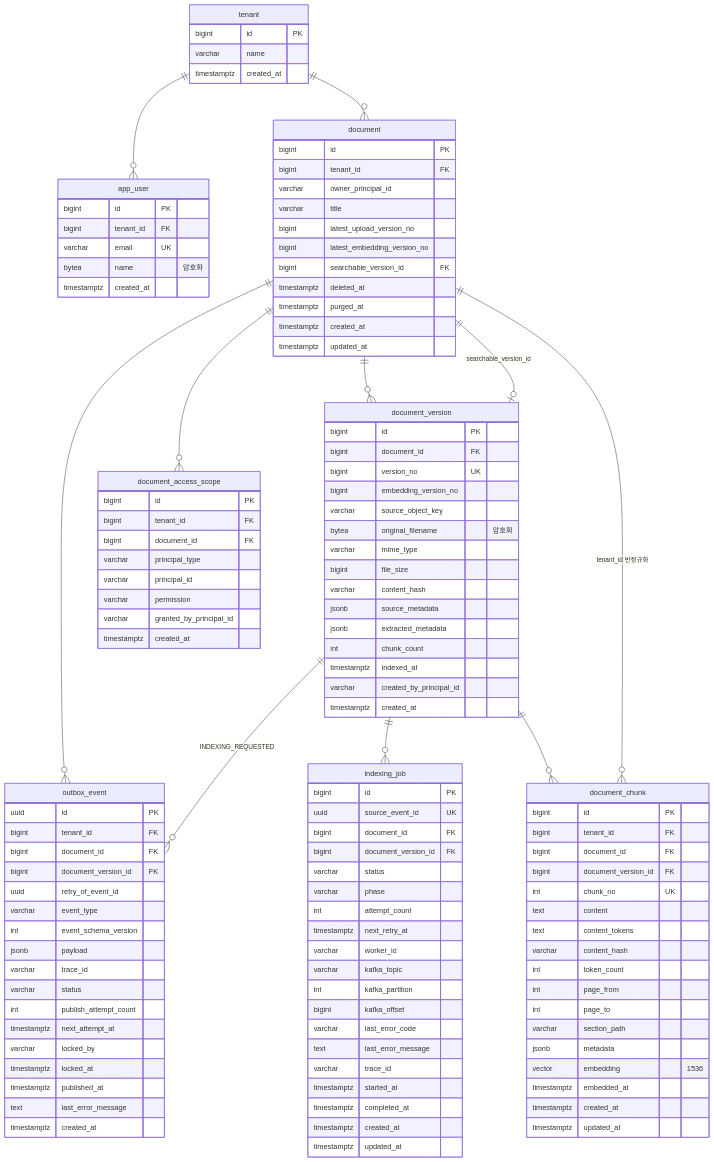
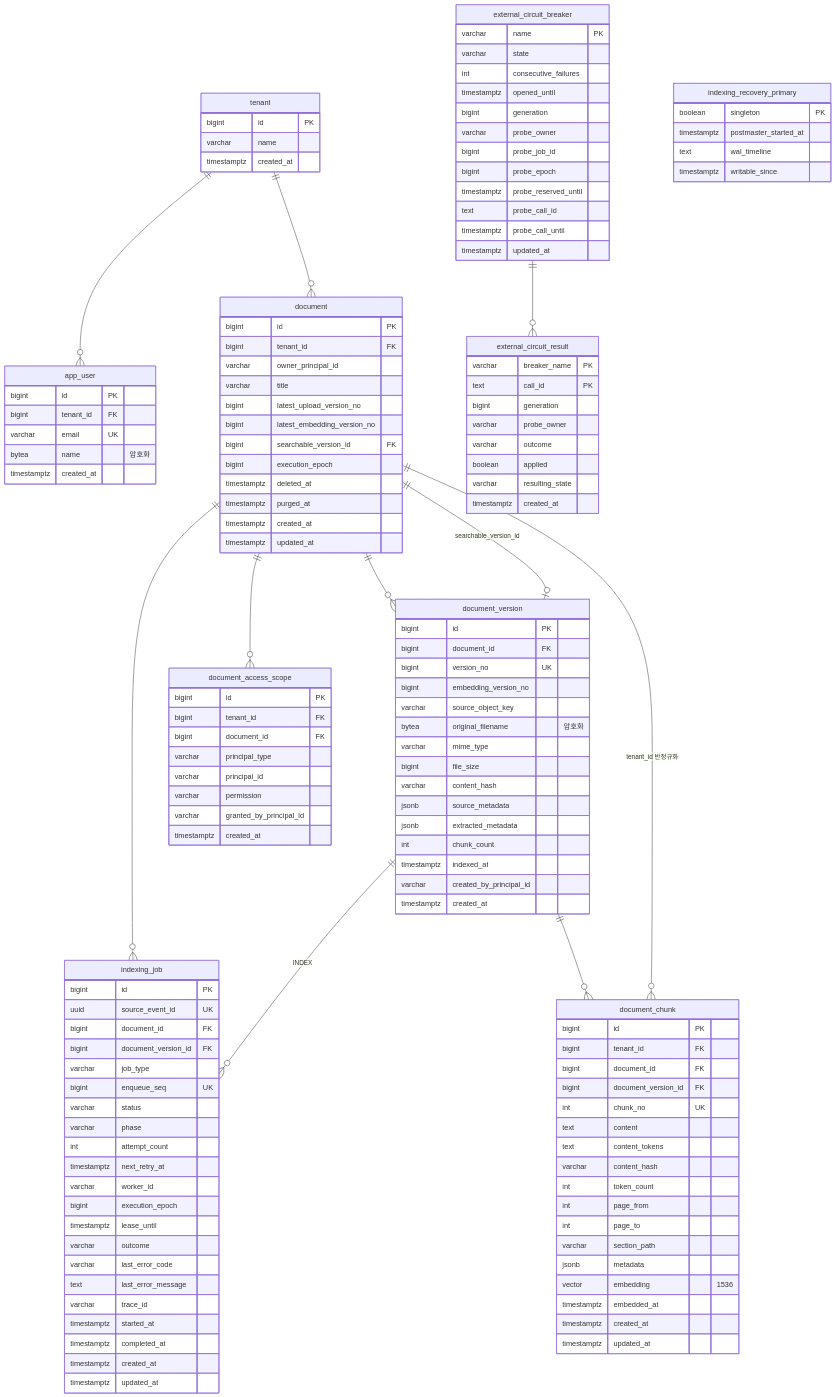
Before and after one commit to mash-up-kr/spr1n6-osscontest-server: the diagram in docs/SCHEMA.md, drawn with Mermaid. The commit also changed other lines of this file and 7 other files, not shown here.

Commit message:
docs: relay·Kafka 언급을 걷어내고 스키마 문서를 DB Job 큐 기준으로 갱신

````diff
--- a/docs/SCHEMA.md
+++ b/docs/SCHEMA.md
@@ -22,11 +22,11 @@
     document ||--o{ document_version : ""
     document ||--o| document_version : "searchable_version_id"
     document ||--o{ document_access_scope : ""
-    document ||--o{ outbox_event : ""
-    document_version ||--o{ outbox_event : "INDEXING_REQUESTED"
-    document_version ||--o{ indexing_job : ""
+    document ||--o{ indexing_job : ""
+    document_version ||--o{ indexing_job : "INDEX"
     document_version ||--o{ document_chunk : ""
     document ||--o{ document_chunk : "tenant_id 반정규화"
+    external_circuit_breaker ||--o{ external_circuit_result : ""
 
     tenant {
         bigint id PK
@@ -50,6 +50,7 @@
         bigint latest_upload_version_no
         bigint latest_embedding_version_no
         bigint searchable_version_id FK
+        bigint execution_epoch
         timestamptz deleted_at
         timestamptz purged_at
         timestamptz created_at
@@ -105,39 +106,21 @@
         timestamptz created_at
     }
 
-    outbox_event {
-        uuid id PK
-        bigint tenant_id FK
-        bigint document_id FK
-        bigint document_version_id FK
-        uuid retry_of_event_id
-        varchar event_type
-        int event_schema_version
-        jsonb payload
-        varchar trace_id
-        varchar status
-        int publish_attempt_count
-        timestamptz next_attempt_at
-        varchar locked_by
-        timestamptz locked_at
-        timestamptz published_at
-        text last_error_message
-        timestamptz created_at
-    }
-
     indexing_job {
         bigint id PK
         uuid source_event_id UK
         bigint document_id FK
         bigint document_version_id FK
+        varchar job_type
+        bigint enqueue_seq UK
         varchar status
         varchar phase
         int attempt_count
         timestamptz next_retry_at
         varchar worker_id
-        varchar kafka_topic
-        int kafka_partition
-        bigint kafka_offset
+        bigint execution_epoch
+        timestamptz lease_until
+        varchar outcome
         varchar last_error_code
         text last_error_message
         varchar trace_id
@@ -146,4 +129,37 @@
         timestamptz created_at
         timestamptz updated_at
     }
+
+    external_circuit_breaker {
+        varchar name PK
+        varchar state
+        int consecutive_failures
+        timestamptz opened_until
+        bigint generation
+        varchar probe_owner
+        bigint probe_job_id
+        bigint probe_epoch
+        timestamptz probe_reserved_until
+        text probe_call_id
+        timestamptz probe_call_until
+        timestamptz updated_at
+    }
+
+    external_circuit_result {
+        varchar breaker_name PK
+        text call_id PK
+        bigint generation
+        varchar probe_owner
+        varchar outcome
+        boolean applied
+        varchar resulting_state
+        timestamptz created_at
+    }
+
+    indexing_recovery_primary {
+        boolean singleton PK
+        timestamptz postmaster_started_at
+        text wal_timeline
+        timestamptz writable_since
+    }
 ```
````
